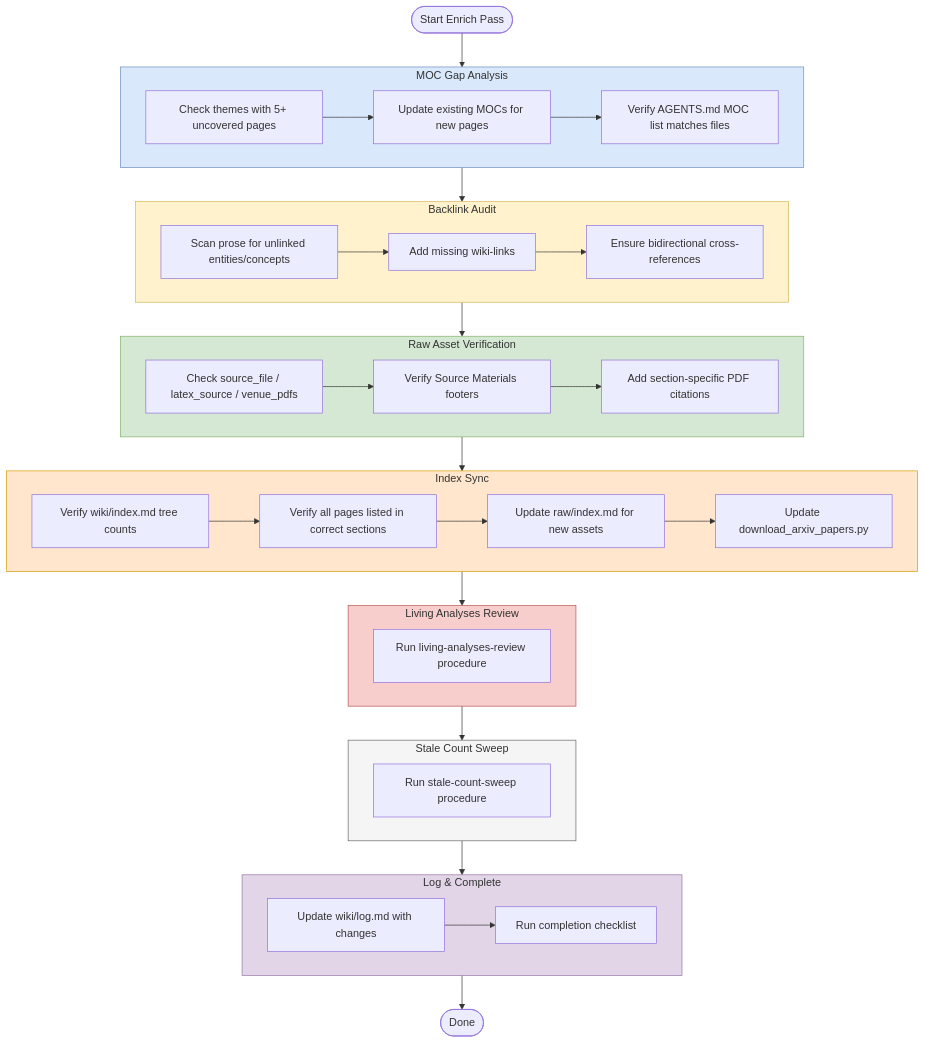
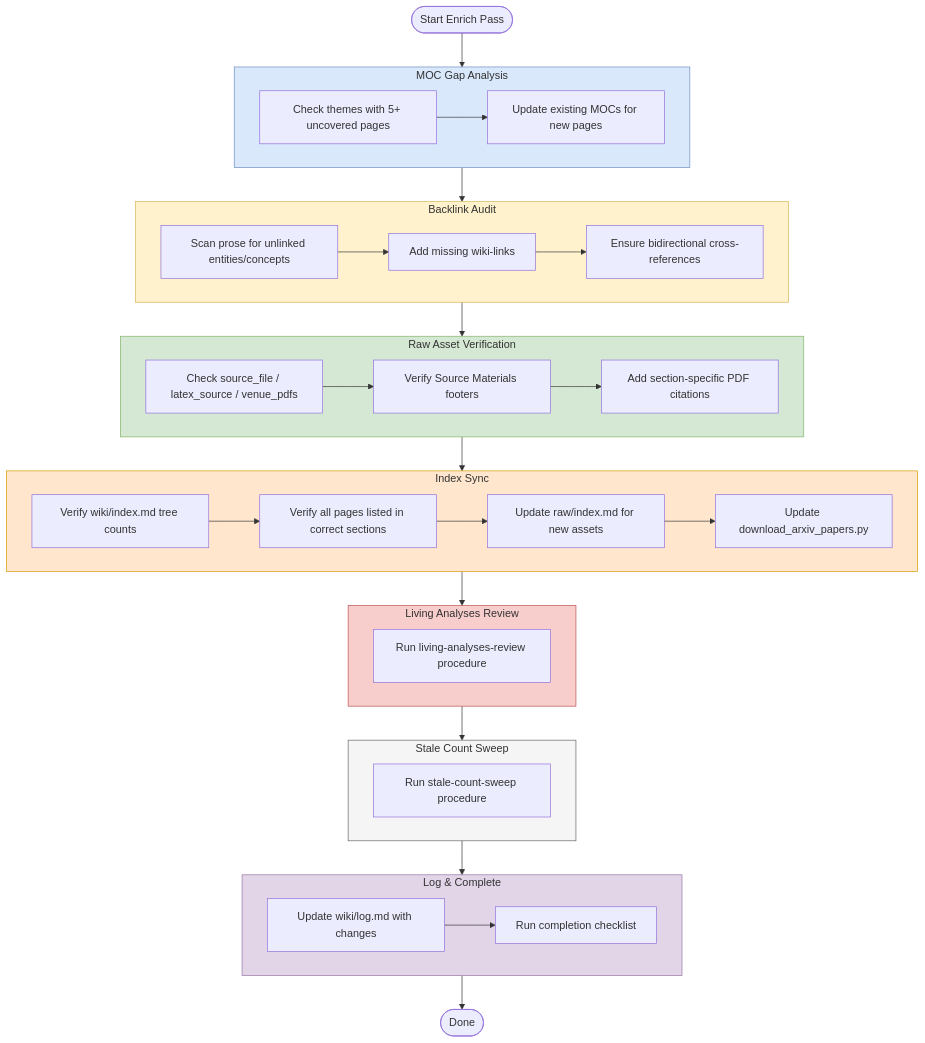
One commit to CompleteTech-LLC-AI-Research/beyond-the-token-bottleneck changed the diagram in workflows/enrich/enrich.md. Above: the diagram before and after it, drawn with Mermaid. The commit also changed other lines of this file, not shown here.

````diff
--- a/workflows/enrich/enrich.md
+++ b/workflows/enrich/enrich.md
@@ -3,68 +3,67 @@
 ```mermaid
 graph TD
     Start([Start Enrich Pass]) --> MOC
 
     subgraph MOC["MOC Gap Analysis"]
         style MOC fill:#dae8fc,stroke:#6c8ebf
         M1[Check themes with 5+ uncovered pages]
         M2[Update existing MOCs for new pages]
-M3[Verify AGENTS.md MOC list matches files]
-        M1 --> M2 --> M3
+        M1 --> M2
     end
 
     MOC --> BL
 
     subgraph BL["Backlink Audit"]
         style BL fill:#fff2cc,stroke:#d6b656
         B1[Scan prose for unlinked entities/concepts]
         B2[Add missing wiki-links]
         B3[Ensure bidirectional cross-references]
         B1 --> B2 --> B3
     end
 
     BL --> RA
 
     subgraph RA["Raw Asset Verification"]
         style RA fill:#d5e8d4,stroke:#82b366
         R1[Check source_file / latex_source / venue_pdfs]
         R2[Verify Source Materials footers]
         R3[Add section-specific PDF citations]
         R1 --> R2 --> R3
     end
 
     RA --> IX
 
     subgraph IX["Index Sync"]
         style IX fill:#ffe6cc,stroke:#d79b00
         I1[Verify wiki/index.md tree counts]
         I2[Verify all pages listed in correct sections]
         I3[Update raw/index.md for new assets]
         I4[Update download_arxiv_papers.py]
         I1 --> I2 --> I3 --> I4
     end
 
     IX --> LAR
 
     subgraph LAR["Living Analyses Review"]
         style LAR fill:#f8cecc,stroke:#b85450
         A1[Run living-analyses-review procedure]
     end
 
     LAR --> SCS
 
     subgraph SCS["Stale Count Sweep"]
         style SCS fill:#f5f5f5,stroke:#666666
         S1[Run stale-count-sweep procedure]
     end
 
     SCS --> LOG
 
     subgraph LOG["Log & Complete"]
         style LOG fill:#e1d5e7,stroke:#9673a6
         L1[Update wiki/log.md with changes]
         L2[Run completion checklist]
         L1 --> L2
     end
 
     LOG --> Done([Done])
 ```
````
